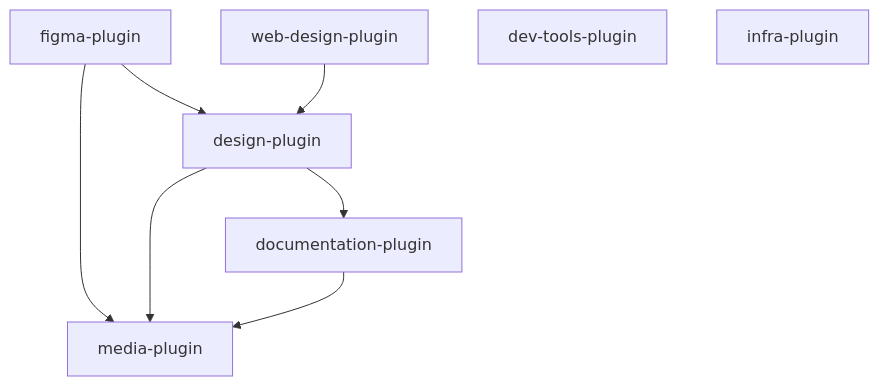
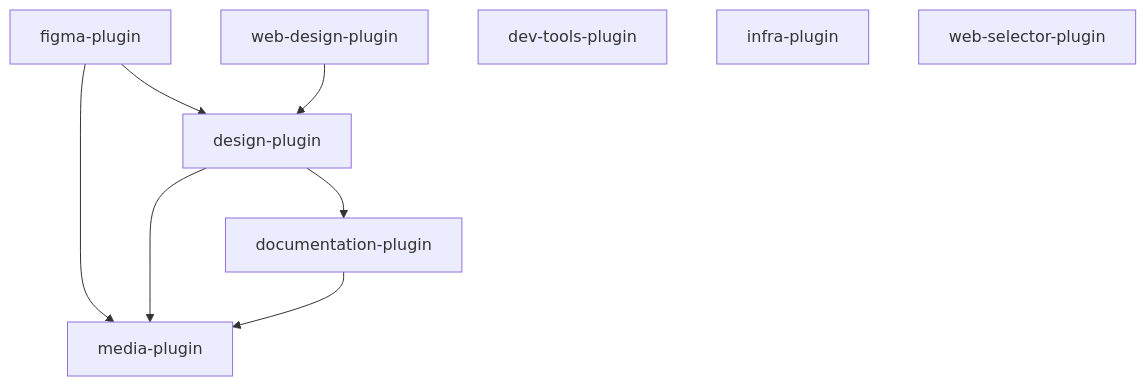
One commit to lukaskellerstein/claude-my-marketplace changed the diagram in README.md. Above: the diagram before and after it, drawn with Mermaid. The commit also changed other lines of this file and 10 other files, not shown here.

Commit message:
add web-selector-plugin

````diff
--- a/README.md
+++ b/README.md
@@ -63,11 +72,12 @@
 ```mermaid
 graph TD
     figma[figma-plugin] --> media[media-plugin]
     figma --> design[design-plugin]
     webdesign[web-design-plugin] --> design
     design --> media
     design --> docs[documentation-plugin]
     docs --> media
     dev[dev-tools-plugin]
     infra[infra-plugin]
+    selector[web-selector-plugin]
 ```
````
